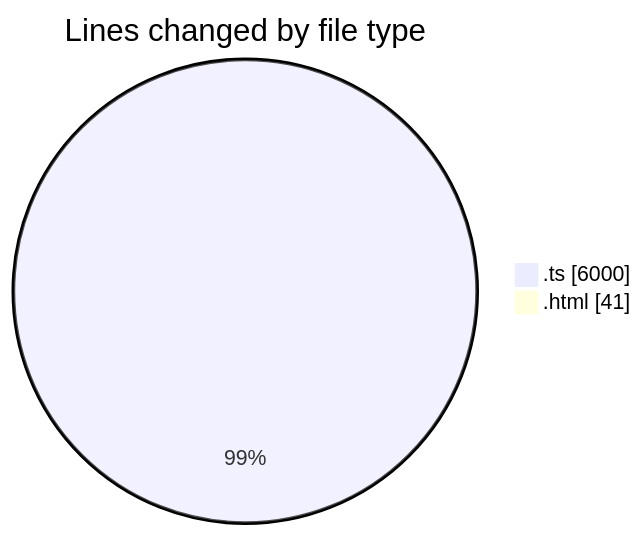
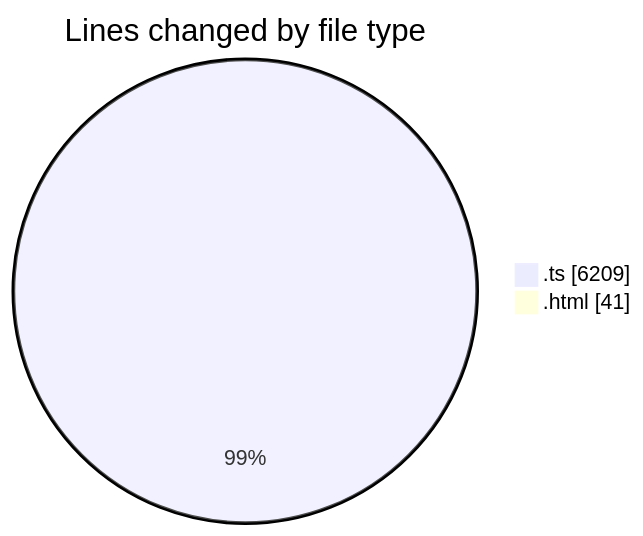
Before and after one commit to tmsrecording-cyber/code-tracking: the first of 2 diagrams in 2026-02-08/singularitybrainai/README.md, drawn with Mermaid. The commit also changed other lines of this file and 1 other file, not shown here.

````diff
--- a/2026-02-08/singularitybrainai/README.md
+++ b/2026-02-08/singularitybrainai/README.md
@@ -27,6 +29,6 @@
 ```mermaid
 pie showData
 title Lines changed by file type
-".ts" : 6000
+".ts" : 6209
 ".html" : 41
 ```
````
